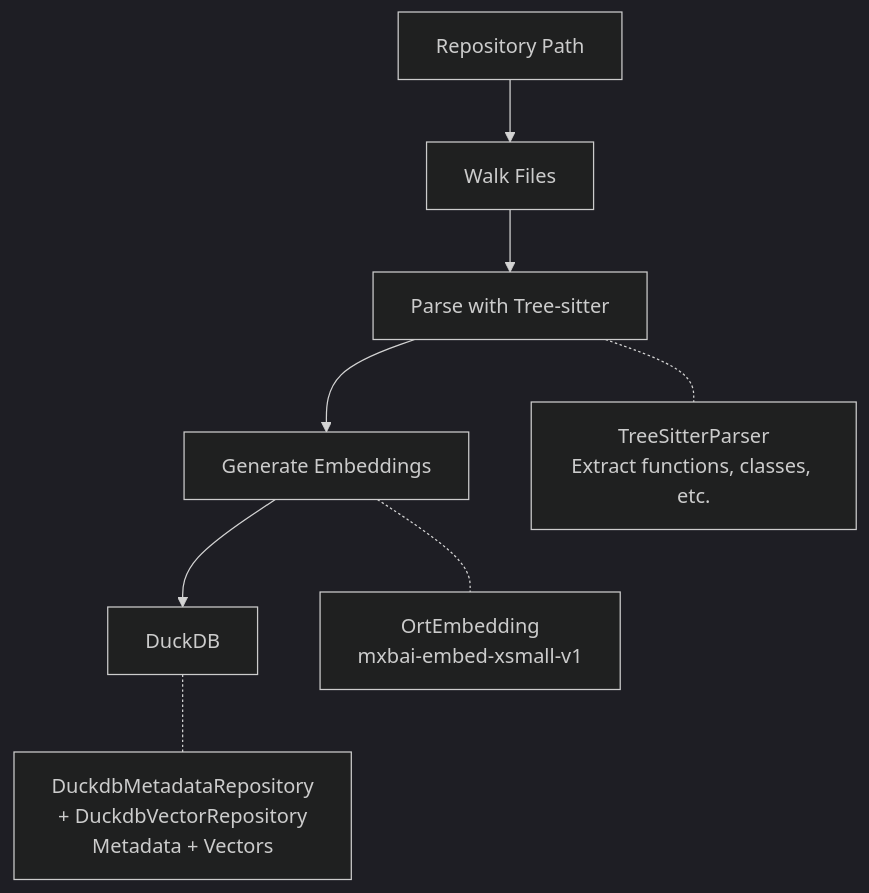
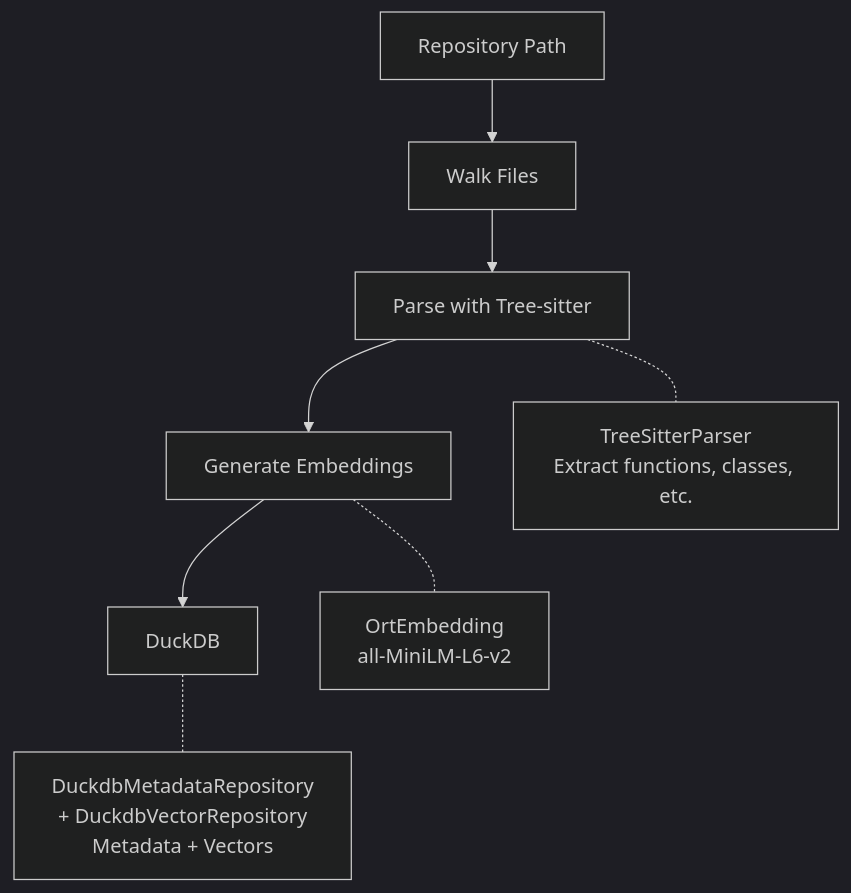
One commit to ArtemisMucaj/codesearch changed the second of 3 diagrams in docs/architecture/overview.md. Above: the diagram before and after it, drawn with Mermaid (dark theme). The commit also changed 2 other files, not shown here.

Commit message:
docs: fix remaining model name references in README and docs
Update README.md, docs/architecture/overview.md, and
docs/features/getting-started.md to reflect the new default models
(all-MiniLM-L6-v2 for embedding, bge-reranker-base for reranking).

https://claude.ai/code/session_013HNwaLqsr8sQuYTXFiFGDw

````diff
--- a/docs/architecture/overview.md
+++ b/docs/architecture/overview.md
@@ -121,11 +121,11 @@
 ```mermaid
 flowchart TB
     A[Repository Path] --> B[Walk Files]
     B --> C[Parse with Tree-sitter]
     C --> D[Generate Embeddings]
     D --> E[DuckDB]
 
     C -.- C1[TreeSitterParser<br/>Extract functions, classes, etc.]
-    D -.- D1[OrtEmbedding<br/>mxbai-embed-xsmall-v1]
+    D -.- D1[OrtEmbedding<br/>all-MiniLM-L6-v2]
     E -.- E1[DuckdbMetadataRepository<br/>+ DuckdbVectorRepository<br/>Metadata + Vectors]
 ```
````
